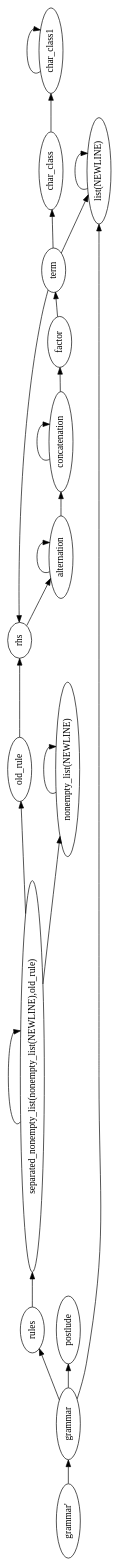
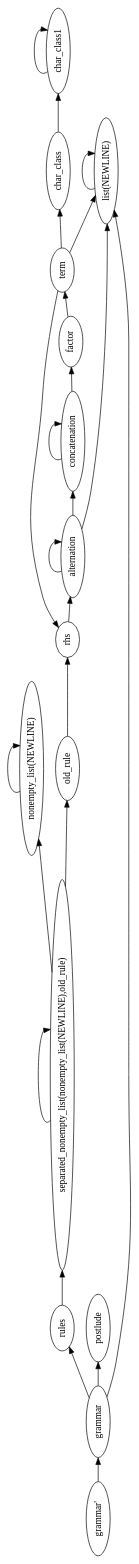
Before and after one commit to meta-introspector/gbnf-nice-parser: the diagram in lib/sentenceParser.dot, drawn with Graphviz. The commit also changed 44 other files, not shown here.

```diff
--- a/lib/sentenceParser.dot
+++ b/lib/sentenceParser.dot
@@ -1,43 +1,44 @@
 digraph G {
 orientation = landscape;
 rankdir = LR;
 ratio = compress;
 nt0 [ label="grammar'" ] ;
 nt1 [ label="term" ] ;
 nt2 [ label="separated_nonempty_list(nonempty_list(NEWLINE),old_rule)" ] ;
 nt3 [ label="rules" ] ;
 nt4 [ label="rhs" ] ;
 nt5 [ label="postlude" ] ;
 nt6 [ label="old_rule" ] ;
 nt7 [ label="nonempty_list(NEWLINE)" ] ;
 nt8 [ label="list(NEWLINE)" ] ;
 nt9 [ label="grammar" ] ;
 nt10 [ label="factor" ] ;
 nt11 [ label="concatenation" ] ;
 nt12 [ label="char_class1" ] ;
 nt13 [ label="char_class" ] ;
 nt14 [ label="alternation" ] ;
 nt0 -> nt9 [ label="" ] ;
 nt1 -> nt4 [ label="" ] ;
 nt1 -> nt8 [ label="" ] ;
 nt1 -> nt13 [ label="" ] ;
 nt2 -> nt2 [ label="" ] ;
 nt2 -> nt6 [ label="" ] ;
 nt2 -> nt7 [ label="" ] ;
 nt3 -> nt2 [ label="" ] ;
 nt4 -> nt14 [ label="" ] ;
 nt6 -> nt4 [ label="" ] ;
 nt7 -> nt7 [ label="" ] ;
 nt8 -> nt8 [ label="" ] ;
 nt9 -> nt3 [ label="" ] ;
 nt9 -> nt5 [ label="" ] ;
 nt9 -> nt8 [ label="" ] ;
 nt10 -> nt1 [ label="" ] ;
 nt11 -> nt10 [ label="" ] ;
 nt11 -> nt11 [ label="" ] ;
 nt12 -> nt12 [ label="" ] ;
 nt13 -> nt12 [ label="" ] ;
+nt14 -> nt8 [ label="" ] ;
 nt14 -> nt11 [ label="" ] ;
 nt14 -> nt14 [ label="" ] ;
 
 }
```
